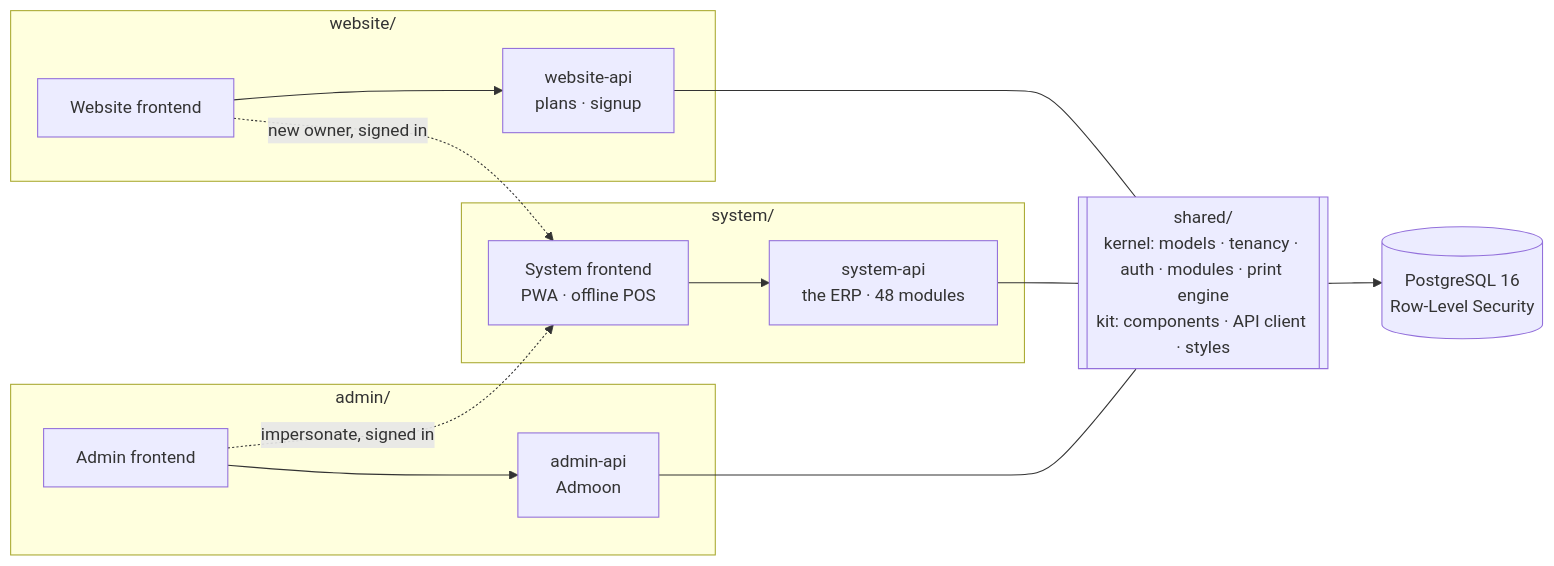
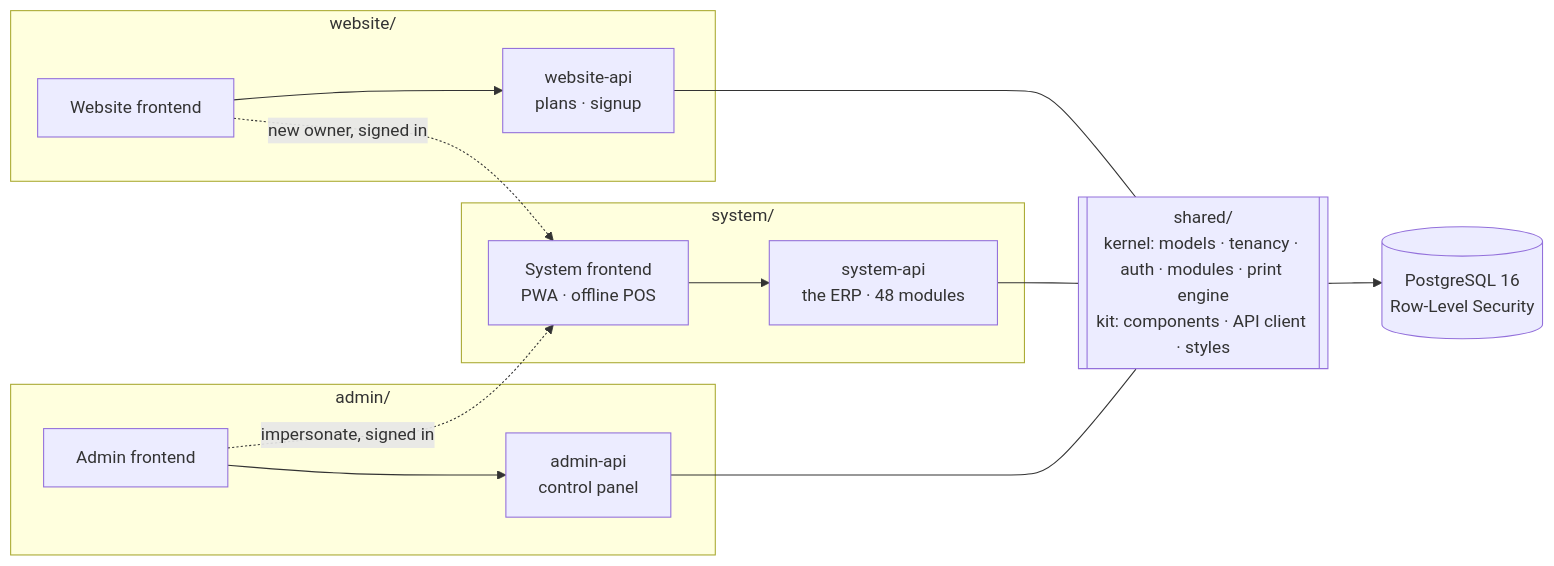
The diagram in README.md (Mizan-corp/Mizan), drawn with Mermaid before and after one commit. The commit also changed other lines of this file and 58 other files, not shown here.

````diff
--- a/README.md
+++ b/README.md
@@ -121,17 +121,17 @@
 ```mermaid
 flowchart LR
     subgraph website["website/"]
         WF[Website frontend] --> WA[website-api<br/>plans · signup]
     end
     subgraph system["system/"]
         SF[System frontend<br/>PWA · offline POS] --> SA[system-api<br/>the ERP · 48 modules]
     end
     subgraph admin["admin/"]
-        AF[Admin frontend] --> AA[admin-api<br/>Admoon]
+        AF[Admin frontend] --> AA[admin-api<br/>control panel]
     end
     K[["shared/<br/>kernel: models · tenancy · auth · modules · print engine<br/>kit: components · API client · styles"]]
     WA & SA & AA --- K
     K --> DB[(PostgreSQL 16<br/>Row-Level Security)]
     WF -. "new owner, signed in" .-> SF
     AF -. "impersonate, signed in" .-> SF
 ```
````
